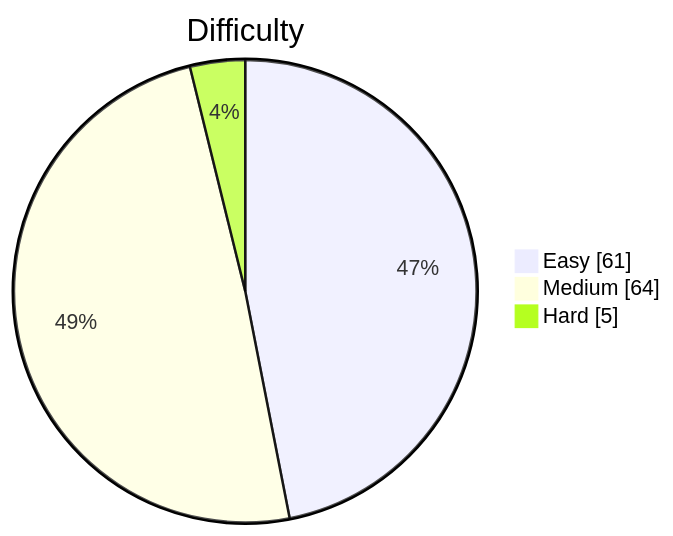
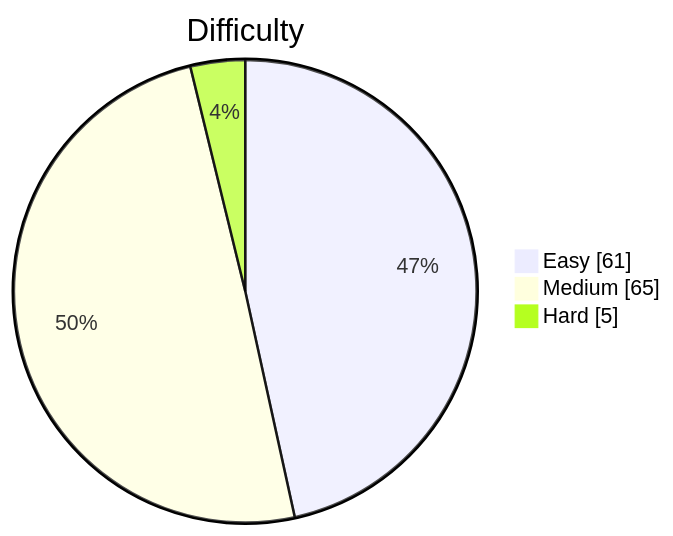
The diagram in README.md (kevstevie/python-algo-practice), drawn with Mermaid before and after one commit. The commit also changed other lines of this file, not shown here.

````diff
--- a/README.md
+++ b/README.md
@@ -13,7 +13,7 @@
 ```mermaid
 pie showData
     title Difficulty
     "Easy"   : 61
-    "Medium" : 64
+    "Medium" : 65
     "Hard"   : 5
 ```
````
